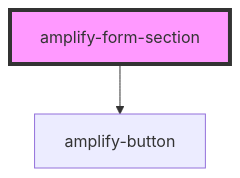
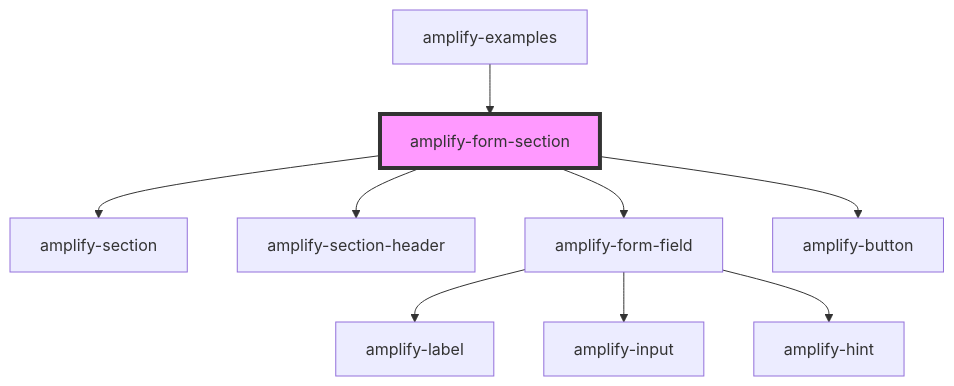
One commit to OneDev0411/amplify-js changed the diagram in packages/amplify-ui-components/src/components/amplify-form-section/readme.md. Above: the diagram before and after it, drawn with Mermaid. The commit also changed other lines of this file and 16 other files, not shown here.

````diff
--- a/packages/amplify-ui-components/src/components/amplify-form-section/readme.md
+++ b/packages/amplify-ui-components/src/components/amplify-form-section/readme.md
@@ -23,5 +31,12 @@
 ```mermaid
 graph TD;
+  amplify-form-section --> amplify-section
+  amplify-form-section --> amplify-section-header
+  amplify-form-section --> amplify-form-field
   amplify-form-section --> amplify-button
+  amplify-form-field --> amplify-label
+  amplify-form-field --> amplify-input
+  amplify-form-field --> amplify-hint
+  amplify-examples --> amplify-form-section
   style amplify-form-section fill:#f9f,stroke:#333,stroke-width:4px
 ```
````
